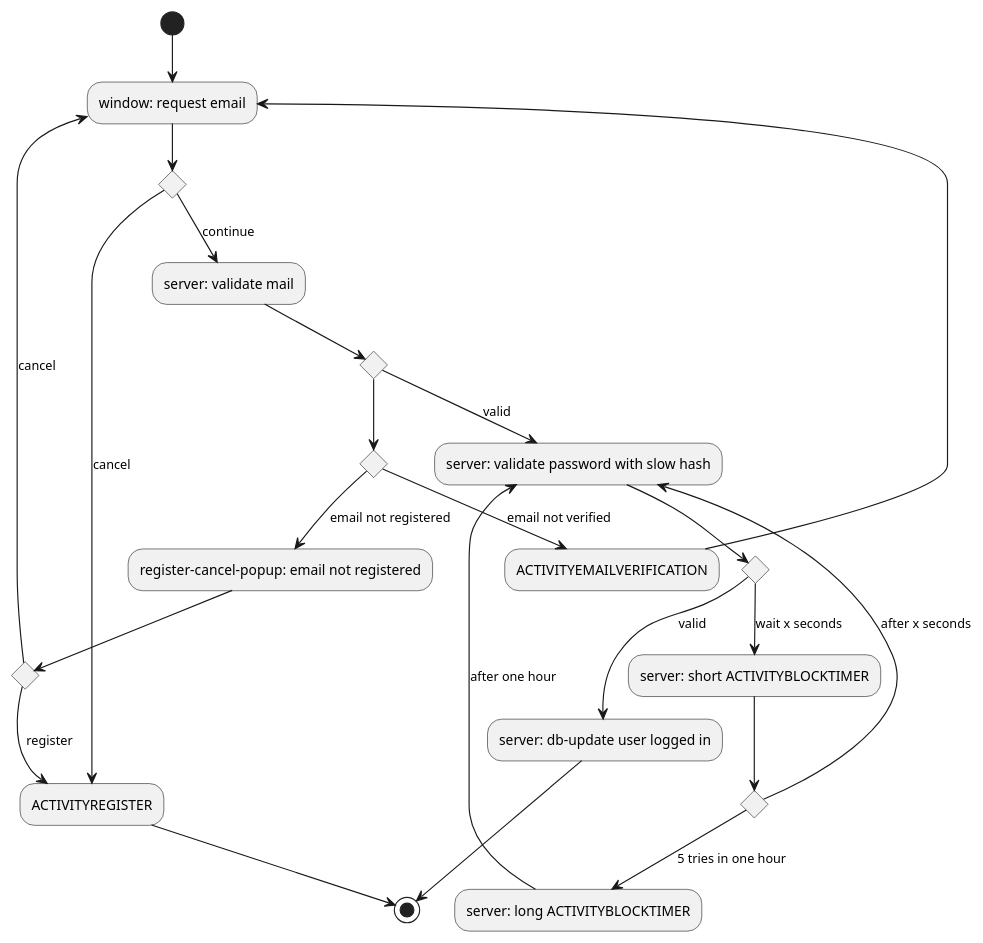
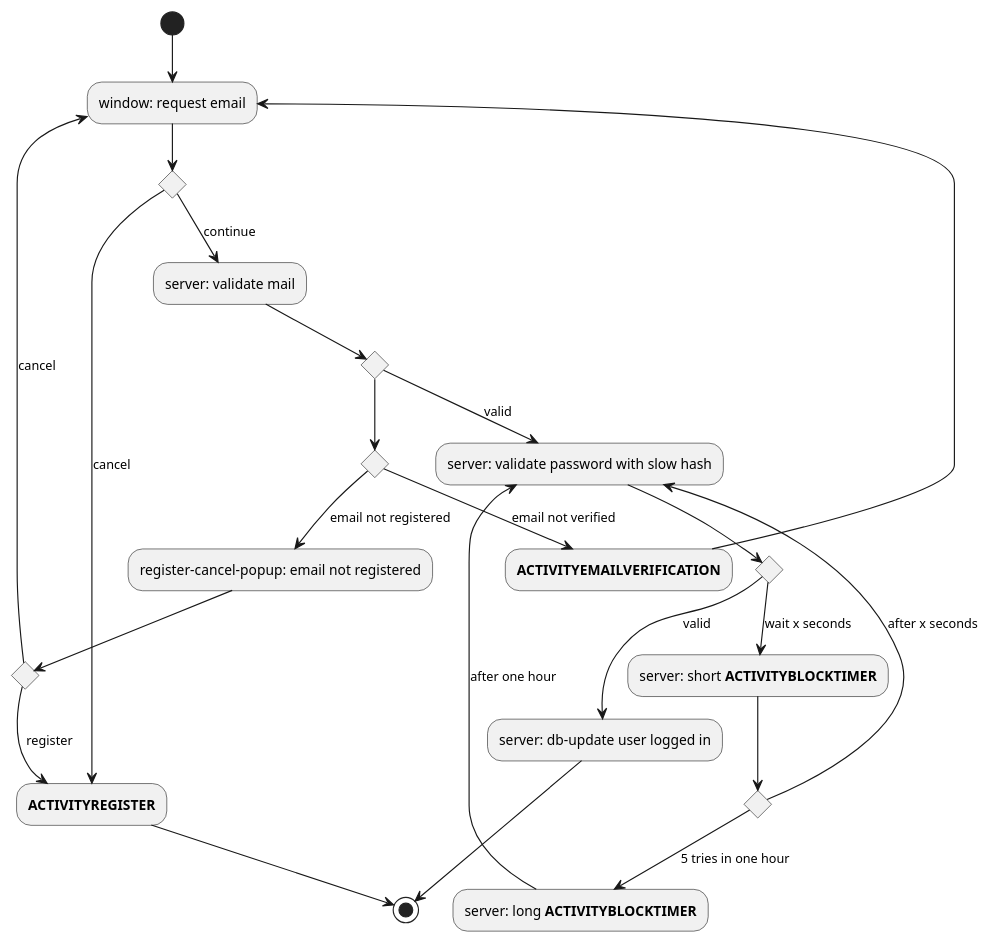
The diagram in docs/architecture/diagrams_code/security/ACTIVITYLOGIN.puml (0K5/campusfinder), drawn with PlantUML before and after one commit. The commit also changed 38 other files, not shown here.

Commit message:
Added activity diagrams for maps

```diff
--- a/docs/architecture/diagrams_code/security/ACTIVITYLOGIN.puml
+++ b/docs/architecture/diagrams_code/security/ACTIVITYLOGIN.puml
@@ -1,36 +1,36 @@
                 @startuml
 (*)  --> "window: request email"
 if "" then
-    --> [cancel] "ACTIVITYREGISTER"
+    --> [cancel] "**ACTIVITYREGISTER**"
     --> (*)
 else
     --> [continue] "server: validate mail"
     if "" then
         --> [valid] "server: validate password with slow hash"
         if "" then
             --> [valid] "server: db-update user logged in"
             --> (*)
         else
-            --> [wait x seconds] "server: short ACTIVITYBLOCKTIMER"
+            --> [wait x seconds] "server: short **ACTIVITYBLOCKTIMER**"
             if "" then
-                --> [5 tries in one hour] "server: long ACTIVITYBLOCKTIMER"
+                --> [5 tries in one hour] "server: long **ACTIVITYBLOCKTIMER**"
                 --> [after one hour] "server: validate password with slow hash"
             else
                 --> [after x seconds] "server: validate password with slow hash"
             Endif
         Endif
     else
         if "" then
-            --> [email not verified] "ACTIVITYEMAILVERIFICATION"
+            --> [email not verified] "**ACTIVITYEMAILVERIFICATION**"
             --> "window: request email"
         else
             --> [email not registered] "register-cancel-popup: email not registered"
             if "" then
-                --> [register] "ACTIVITYREGISTER"
+                --> [register] "**ACTIVITYREGISTER**"
             else
                 --> [cancel] "window: request email"
             Endif
         Endif
     Endif
 Endif
 @enduml
```
